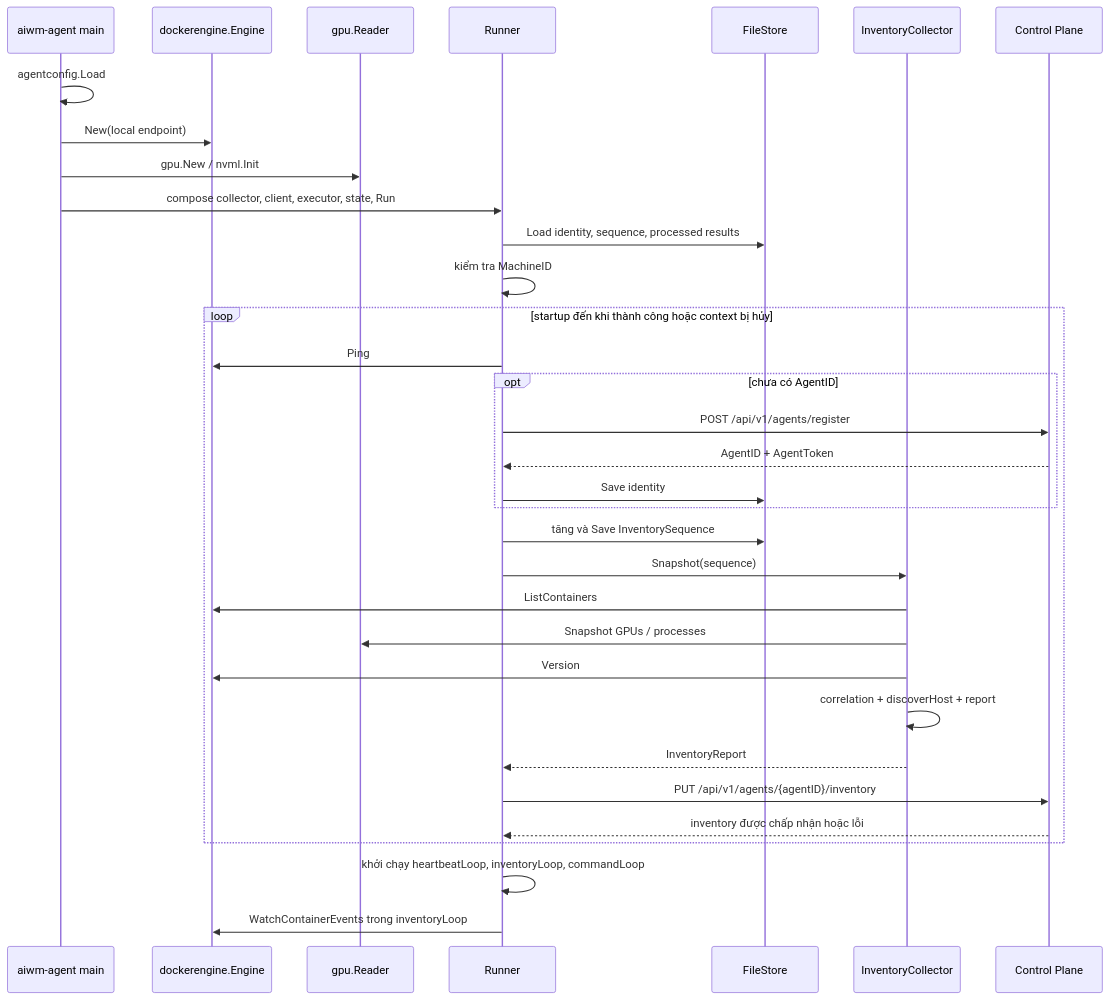
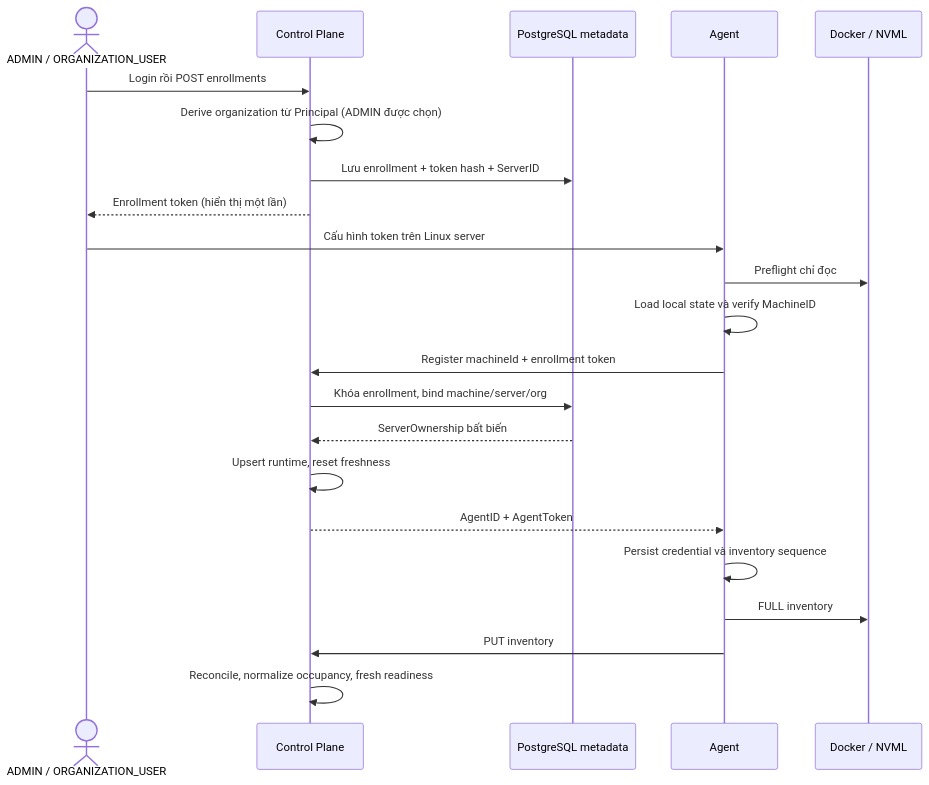
One commit to NgocDungK68/docker-gpu-server-platform changed the third of 14 diagrams in docs/SYSTEM_DESIGN.md. Above: the diagram before and after it, drawn with Mermaid. The commit also changed other lines of this file and 56 other files, not shown here.

```diff
--- a/docs/SYSTEM_DESIGN.md
+++ b/docs/SYSTEM_DESIGN.md
@@ -141,35 +122,24 @@
 ~~~mermaid
 sequenceDiagram
-    participant M as aiwm-agent main
-    participant D as dockerengine.Engine
-    participant N as gpu.Reader
-    participant R as Runner
-    participant F as FileStore
-    participant C as InventoryCollector
-    participant A as Control Plane
-    M->>M: agentconfig.Load
-    M->>D: New(local endpoint)
-    M->>N: gpu.New / nvml.Init
-    M->>R: compose collector, client, executor, state, Run
-    R->>F: Load identity, sequence, processed results
-    R->>R: kiểm tra MachineID
-    loop startup đến khi thành công hoặc context bị hủy
-        R->>D: Ping
-        opt chưa có AgentID
-            R->>A: POST /api/v1/agents/register
-            A-->>R: AgentID + AgentToken
-            R->>F: Save identity
-        end
-        R->>F: tăng và Save InventorySequence
-        R->>C: Snapshot(sequence)
-        C->>D: ListContainers
-        C->>N: Snapshot GPUs / processes
-        C->>D: Version
-        C->>C: correlation + discoverHost + report
-        C-->>R: InventoryReport
-        R->>A: PUT /api/v1/agents/{agentID}/inventory
-        A-->>R: inventory được chấp nhận hoặc lỗi
-    end
-    R->>R: khởi chạy heartbeatLoop, inventoryLoop, commandLoop
-    R->>D: WatchContainerEvents trong inventoryLoop
+    actor U as ADMIN / ORGANIZATION_USER
+    participant CP as Control Plane
+    participant PG as PostgreSQL metadata
+    participant A as Agent
+    participant D as Docker / NVML
+    U->>CP: Login rồi POST enrollments
+    CP->>CP: Derive organization từ Principal (ADMIN được chọn)
+    CP->>PG: Lưu enrollment + token hash + ServerID
+    CP-->>U: Enrollment token (hiển thị một lần)
+    U->>A: Cấu hình token trên Linux server
+    A->>D: Preflight chỉ đọc
+    A->>A: Load local state và verify MachineID
+    A->>CP: Register machineId + enrollment token
+    CP->>PG: Khóa enrollment, bind machine/server/org
+    PG-->>CP: ServerOwnership bất biến
+    CP->>CP: Upsert runtime, reset freshness
+    CP-->>A: AgentID + AgentToken
+    A->>A: Persist credential và inventory sequence
+    A->>D: FULL inventory
+    A->>CP: PUT inventory
+    CP->>CP: Reconcile, normalize occupancy, fresh readiness
 ~~~
```
